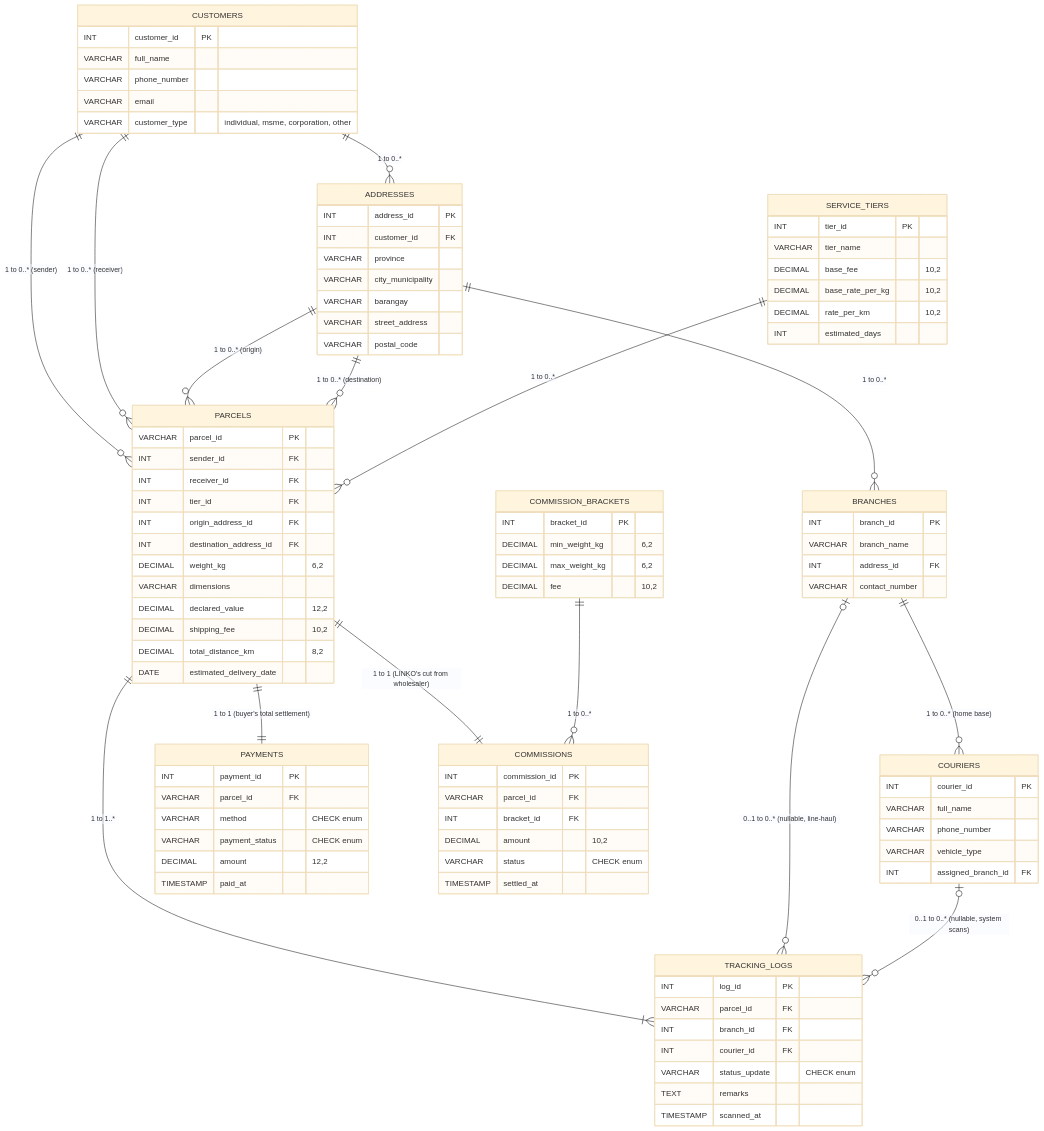
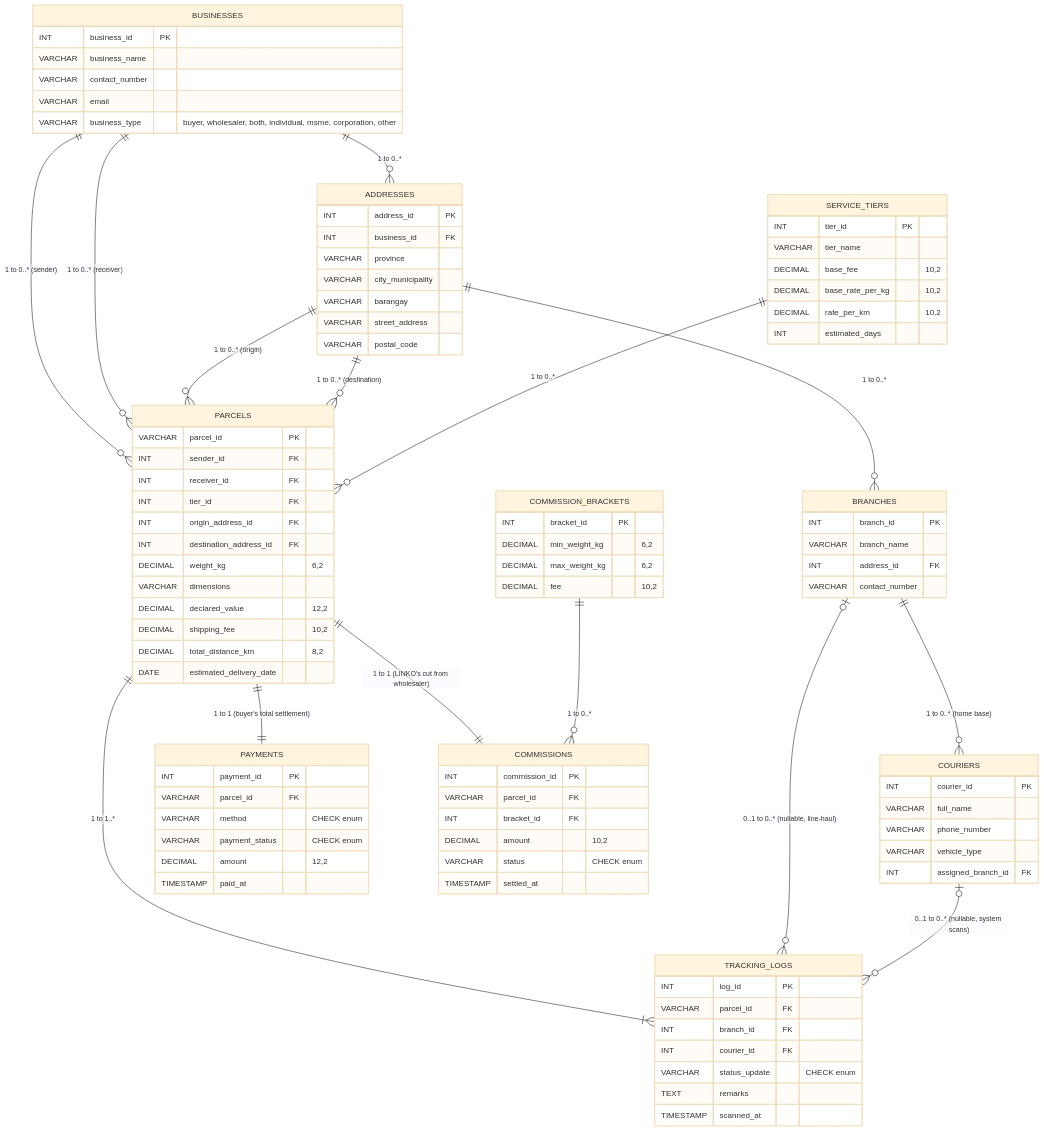
One commit to nateponds/LINKO changed the diagram in docs/LINKO_ERD.md. Above: the diagram before and after it, drawn with Mermaid (base theme). The commit also changed other lines of this file and 3 other files, not shown here.

Commit message:
feat(api): unify customers into businesses and add granular addresses

```diff
--- a/docs/LINKO_ERD.md
+++ b/docs/LINKO_ERD.md
@@ -16,7 +16,7 @@
 
     ADDRESSES {
         INT address_id PK
-        INT customer_id FK
+        INT business_id FK
         VARCHAR province
         VARCHAR city_municipality
         VARCHAR barangay
@@ -24,12 +24,12 @@
         VARCHAR postal_code
     }
 
-    CUSTOMERS {
-        INT customer_id PK
-        VARCHAR full_name
-        VARCHAR phone_number
+    BUSINESSES {
+        INT business_id PK
+        VARCHAR business_name
+        VARCHAR contact_number
         VARCHAR email
-        VARCHAR customer_type "individual, msme, corporation, other"
+        VARCHAR business_type "buyer, wholesaler, both, individual, msme, corporation, other"
     }
 
     BRANCHES {
@@ -97,9 +97,9 @@
         TIMESTAMP scanned_at
     }
 
-    CUSTOMERS ||--o{ ADDRESSES : "1 to 0..*"
-    CUSTOMERS ||--o{ PARCELS : "1 to 0..* (sender)"
-    CUSTOMERS ||--o{ PARCELS : "1 to 0..* (receiver)"
+    BUSINESSES ||--o{ ADDRESSES : "1 to 0..*"
+    BUSINESSES ||--o{ PARCELS : "1 to 0..* (sender)"
+    BUSINESSES ||--o{ PARCELS : "1 to 0..* (receiver)"
     ADDRESSES ||--o{ PARCELS : "1 to 0..* (origin)"
     ADDRESSES ||--o{ PARCELS : "1 to 0..* (destination)"
     ADDRESSES ||--o{ BRANCHES : "1 to 0..*"
```
